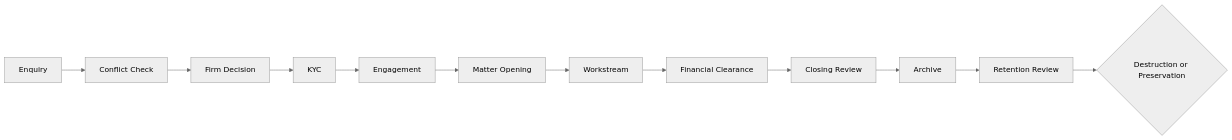
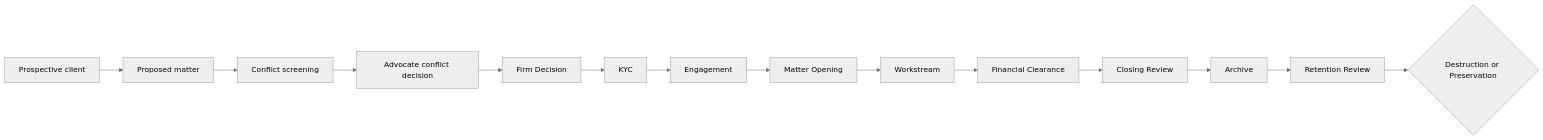
One commit to Larry1296/law_firm changed the diagram in docs/MATTER_LIFECYCLE.md. Above: the diagram before and after it, drawn with Mermaid (neutral theme). The commit also changed other lines of this file and 52 other files, not shown here.

````diff
--- a/docs/MATTER_LIFECYCLE.md
+++ b/docs/MATTER_LIFECYCLE.md
@@ -3,14 +3,16 @@
 ```mermaid
 flowchart LR
-  A[Enquiry] --> B[Conflict Check]
-  B --> C[Firm Decision]
-  C --> D[KYC]
-  D --> E[Engagement]
-  E --> F[Matter Opening]
-  F --> G[Workstream]
-  G --> H[Financial Clearance]
-  H --> I[Closing Review]
-  I --> J[Archive]
-  J --> K[Retention Review]
-  K --> L{Destruction or Preservation}
+  A[Prospective client] --> B[Proposed matter]
+  B --> C[Conflict screening]
+  C --> D[Advocate conflict decision]
+  D --> E[Firm Decision]
+  E --> F[KYC]
+  F --> G[Engagement]
+  G --> H[Matter Opening]
+  H --> I[Workstream]
+  I --> J[Financial Clearance]
+  J --> K[Closing Review]
+  K --> L[Archive]
+  L --> M[Retention Review]
+  M --> N{Destruction or Preservation}
 ```
````
